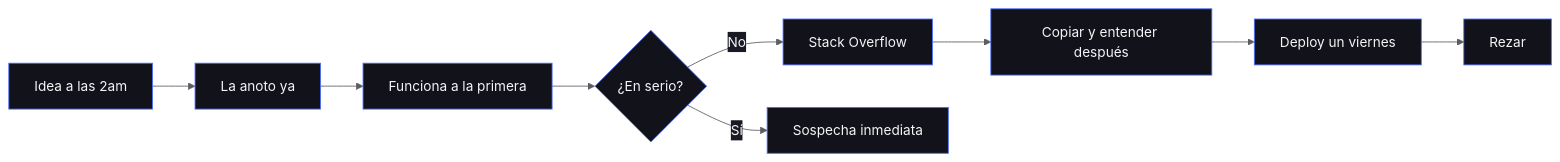
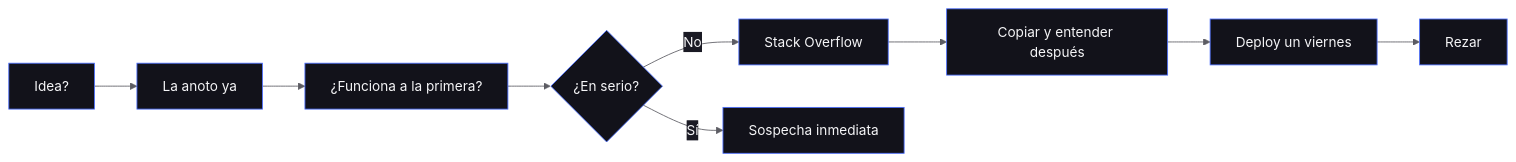
The diagram in README.md (MilkDev-bit/MilkDev-bit), drawn with Mermaid before and after one commit.

````diff
--- a/README.md
+++ b/README.md
@@ -204,12 +204,12 @@
 ```mermaid
 %%{init: {'theme':'base', 'themeVariables': {'primaryColor':'#12121a','primaryTextColor':'#F5F5F7','primaryBorderColor':'#4C6FFF','lineColor':'#5C5C63','secondaryColor':'#1a1a24','tertiaryColor':'#12121a','fontFamily':'SF Mono, monospace'}}}%%
 graph LR
-    A[Idea a las 2am] --> B[La anoto ya]
-    B --> C[Funciona a la primera]
+    A[Idea?] --> B[La anoto ya]
+    B --> C[¿Funciona a la primera?]
     C --> D{¿En serio?}
     D -->|No| E[Stack Overflow]
     D -->|Sí| F[Sospecha inmediata]
     E --> G[Copiar y entender después]
     G --> H[Deploy un viernes]
     H --> I[Rezar]
 ```
````
